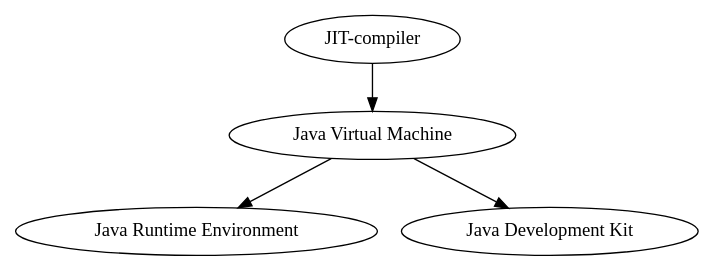
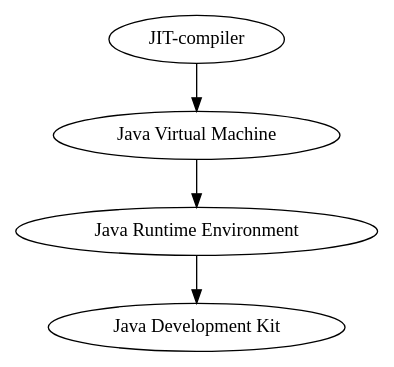
The diagram in module1/src/main/java/net/broscorp/patform/graph.gv (Broscorp-net/traineeship), drawn with Graphviz before and after one commit.

Commit message:
Поправил ошибку в графе.

```diff
--- a/module1/src/main/java/net/broscorp/patform/graph.gv
+++ b/module1/src/main/java/net/broscorp/patform/graph.gv
@@ -1,21 +1,21 @@
 digraph graphName {
     /*JIT-компиляция - технология увеличения производительности программных
     систем, использующих байт-код, путём компиляции байт-кода в машинный
     код или в другой формат непосредственно во время работы программы.
     Таким образом достигается высокая скорость выполнения*/
     "JIT-compiler" -> "Java Virtual Machine"
     /*Виртуальная машина Java исполняет байт-код Java, предварительно
     созданный из исходного текста Java-программы компилятором Java (javac).
     JVM может также использоваться для выполнения программ, написанных
     на других языках программирования.*/
     "Java Virtual Machine" -> "Java Runtime Environment"
     /*минимальная (без компилятора и других средств разработки) реализация
     виртуальной машины, необходимая для исполнения Java-приложений.
     Другими словами, простая реализация JVM.*/
-    "Java Virtual Machine" -> "Java Development Kit"
+    "Java Runtime Environment" -> "Java Development Kit"
     /*бесплатно распространяемый компанией Oracle Corporation
     (ранее Sun Microsystems) комплект разработчика приложений на
     языке Java, включающий в себя компилятор Java (javac), стандартные
     библиотеки классов Java, примеры, документацию, различные утилиты
     и исполнительную систему Java (JRE).*/
 }
```
